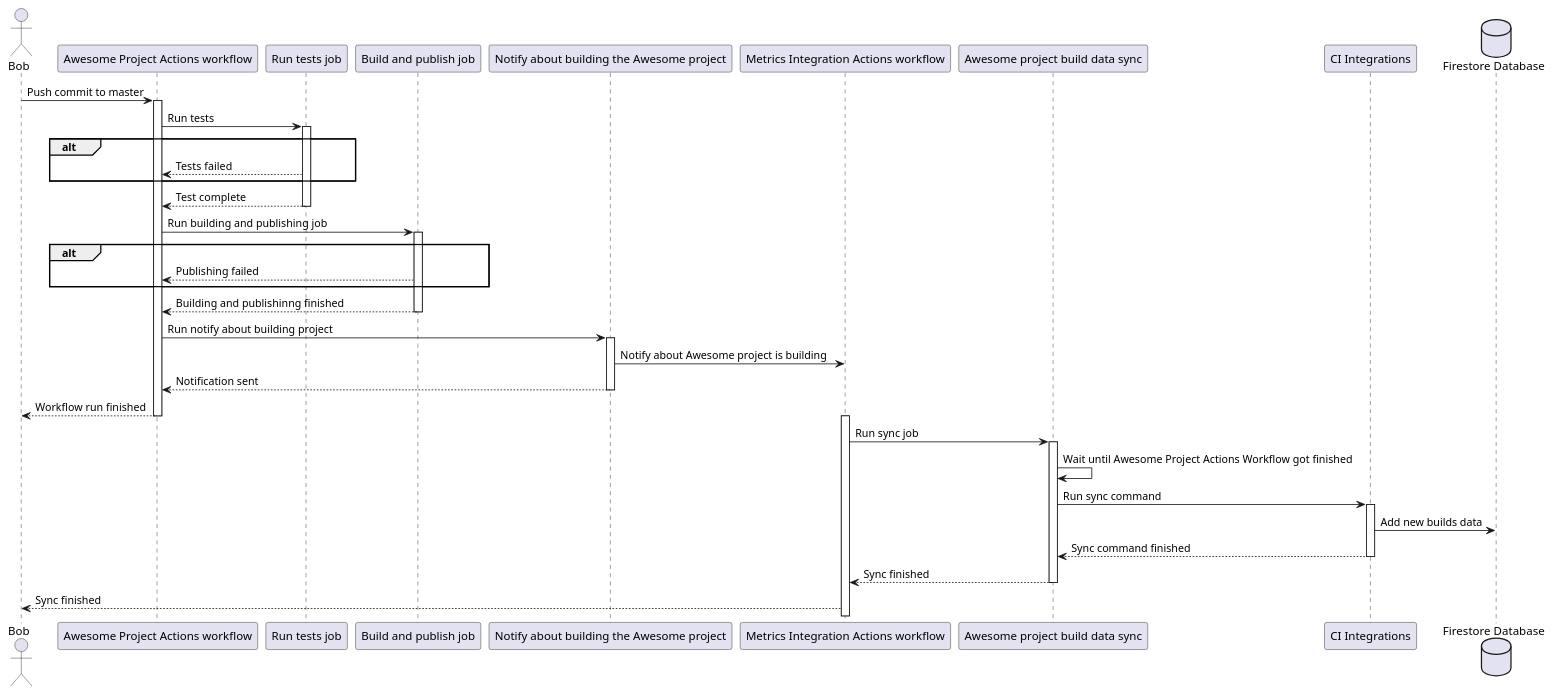
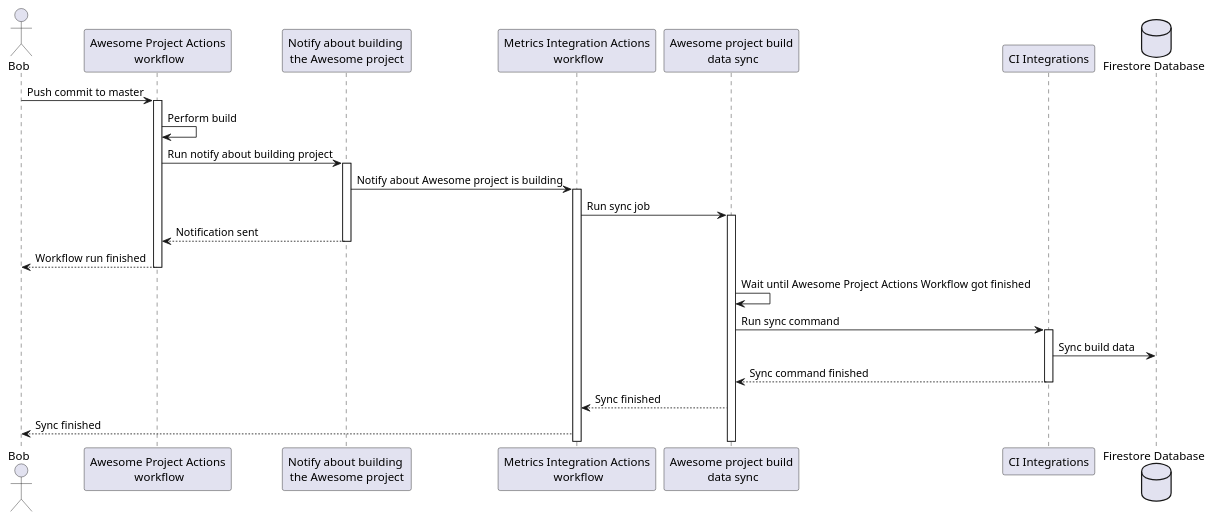
One commit to Flank/flank-dashboard changed the diagram in docs/diagrmas/github_actions_sequence_diagram.puml. Above: the diagram before and after it, drawn with PlantUML.

Commit message:
Minor diagram improvements

```diff
--- a/docs/diagrmas/github_actions_sequence_diagram.puml
+++ b/docs/diagrmas/github_actions_sequence_diagram.puml
@@ -1,47 +1,58 @@
 @startuml github_actions_sequence_diagram
 
 actor Bob
 
-participant "Awesome Project Actions workflow" as AwesomeWorkflow
-participant "Run tests job" as RunTests
-participant "Build and publish job" as BuildAndPublish
-participant "Notify about building the Awesome project" as NotifyBuilding
+participant "Awesome Project Actions\n workflow" as AwesomeWorkflow
+' participant "Run tests job" as RunTests
+' participant "Build and publish job" as BuildAndPublish
+participant "Notify about building \nthe Awesome project" as NotifyBuilding
 
-participant "Metrics Integration Actions workflow" as IntegrationsWorkflow
-participant "Awesome project build data sync" as AwesomeSync
+participant "Metrics Integration Actions\n workflow" as IntegrationsWorkflow
+participant "Awesome project build\n data sync" as AwesomeSync
 participant "CI Integrations" as CiIntegrations
 
 database "Firestore Database" as Firestore
 
 
 Bob -> AwesomeWorkflow : Push commit to master
 activate AwesomeWorkflow
-AwesomeWorkflow -> RunTests : Run tests
-activate  RunTests
-alt 
-    RunTests --> AwesomeWorkflow : Tests failed
-end 
-return Test complete 
-AwesomeWorkflow  -> BuildAndPublish : Run building and publishing job
-activate BuildAndPublish
-alt 
-    BuildAndPublish --> AwesomeWorkflow : Publishing failed
-end
-return Building and publishinng finished
+AwesomeWorkflow -> AwesomeWorkflow : Perform build
+' activate  RunTests
+' alt
+'     RunTests --> AwesomeWorkflow : Tests failed
+' end
+' return Test complete
+
+' AwesomeWorkflow  -> BuildAndPublish : Run building and publishing job
+' activate BuildAndPublish
+' alt
+'     BuildAndPublish --> AwesomeWorkflow : Publishing failed
+' end
+' return Building and publishinng finished
+
 AwesomeWorkflow -> NotifyBuilding : Run notify about building project
 activate NotifyBuilding
+
 NotifyBuilding -> IntegrationsWorkflow : Notify about Awesome project is building
-return Notification sent 
-return Workflow run finished
 activate IntegrationsWorkflow
+
 IntegrationsWorkflow -> AwesomeSync : Run sync job
 activate AwesomeSync
+
+NotifyBuilding --> AwesomeWorkflow : Notification sent
+deactivate NotifyBuilding
+
+AwesomeWorkflow --> Bob : Workflow run finished
+deactivate AwesomeWorkflow
+
 AwesomeSync -> AwesomeSync : Wait until Awesome Project Actions Workflow got finished
+
 AwesomeSync -> CiIntegrations : Run sync command
 activate CiIntegrations
-CiIntegrations -> Firestore : Add new builds data
+
+CiIntegrations -> Firestore : Sync build data
 return Sync command finished
-return Sync finished
+AwesomeSync --> IntegrationsWorkflow : Sync finished
 IntegrationsWorkflow --> Bob : Sync finished
 
 @enduml
```
